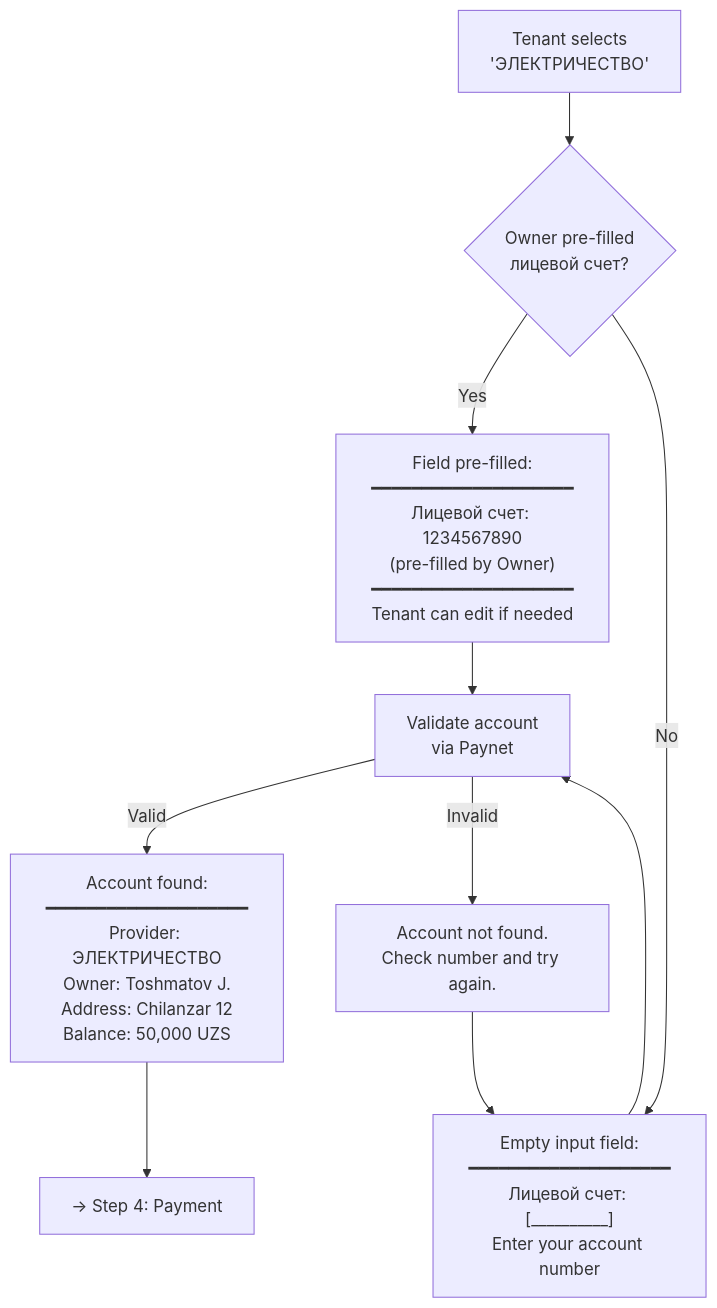
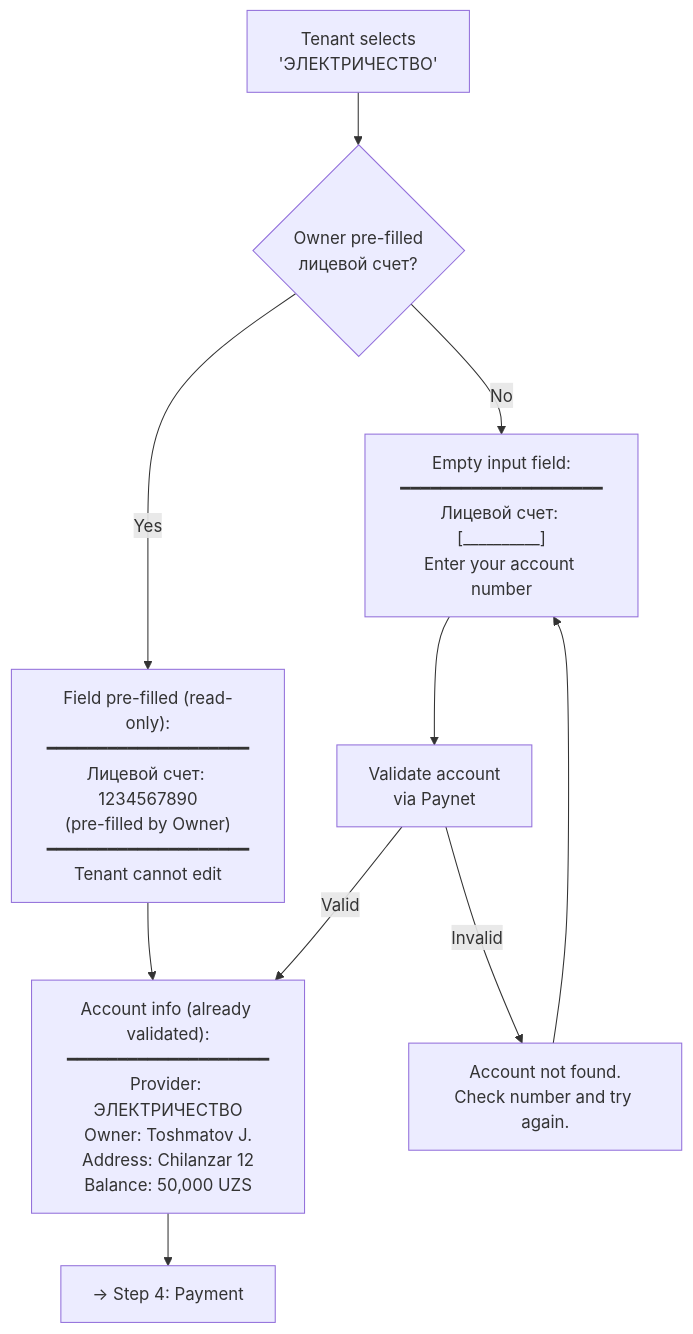
The fourth of 10 diagrams in utilities-payment-userflow.md (saodatm-dev/Utilities---Informational-Architecture), drawn with Mermaid before and after one commit. The commit also changed other lines of this file and 8 other files, not shown here.

Commit message:
feat: Refine utility payment user flow by making owner-pre-filled account numbers read-only for tenants, streamlining payment options, and removing outdated assets.

````diff
--- a/utilities-payment-userflow.md
+++ b/utilities-payment-userflow.md
@@ -128,17 +121,17 @@
 ```mermaid
 flowchart TD
     PROV["Tenant selects<br/>'ЭЛЕКТРИЧЕСТВО'"] --> CHECK{"Owner pre-filled<br/>лицевой счет?"}
 
-    CHECK -->|"Yes"| PREFILLED["Field pre-filled:<br/>━━━━━━━━━━━━━━━━━━━━<br/>Лицевой счет: 1234567890<br/>(pre-filled by Owner)<br/>━━━━━━━━━━━━━━━━━━━━<br/>Tenant can edit if needed"]
+    CHECK -->|"Yes"| PREFILLED["Field pre-filled (read-only):<br/>━━━━━━━━━━━━━━━━━━━━<br/>Лицевой счет: 1234567890<br/>(pre-filled by Owner)<br/>━━━━━━━━━━━━━━━━━━━━<br/>Tenant cannot edit"]
 
     CHECK -->|"No"| EMPTY["Empty input field:<br/>━━━━━━━━━━━━━━━━━━━━<br/>Лицевой счет: [__________]<br/>Enter your account number"]
 
-    PREFILLED --> VALIDATE["Validate account<br/>via Paynet"]
-    EMPTY --> VALIDATE
+    PREFILLED --> FOUND["Account info (already validated):<br/>━━━━━━━━━━━━━━━━━━━━<br/>Provider: ЭЛЕКТРИЧЕСТВО<br/>Owner: Toshmatov J.<br/>Address: Chilanzar 12<br/>Balance: 50,000 UZS"]
 
-    VALIDATE -->|"Valid"| FOUND["Account found:<br/>━━━━━━━━━━━━━━━━━━━━<br/>Provider: ЭЛЕКТРИЧЕСТВО<br/>Owner: Toshmatov J.<br/>Address: Chilanzar 12<br/>Balance: 50,000 UZS"]
+    EMPTY --> VALIDATE["Validate account<br/>via Paynet"]
+    VALIDATE -->|"Valid"| FOUND
     VALIDATE -->|"Invalid"| NOTFOUND["Account not found.<br/>Check number and try again."]
     NOTFOUND --> EMPTY
 
     FOUND --> NEXT["→ Step 4: Payment"]
 ```
````
